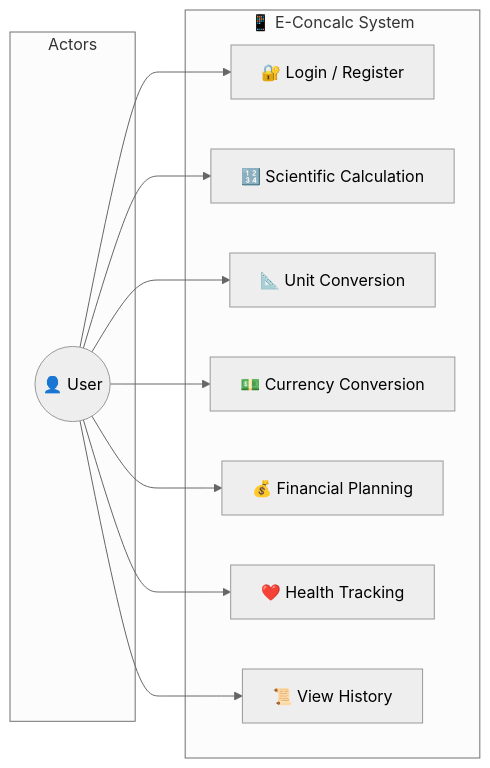
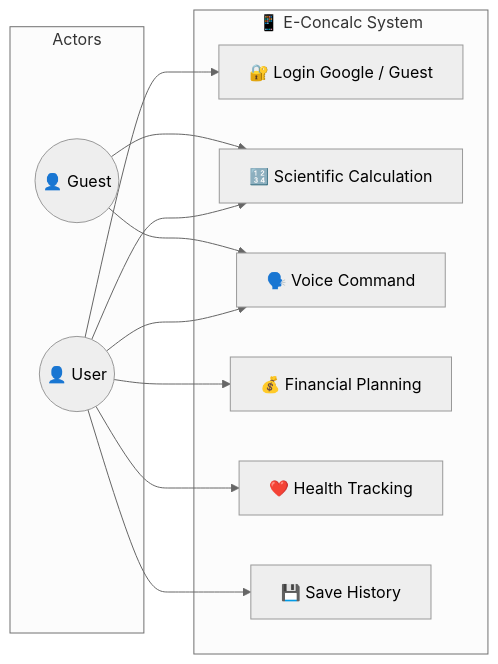
The first of 3 diagrams in README.md (falcon-ioi/Caclcon), drawn with Mermaid (neutral theme) before and after one commit. The commit also changed other lines of this file and 5 other files, not shown here.

````diff
--- a/README.md
+++ b/README.md
@@ -79,24 +79,26 @@
 ```mermaid
 flowchart LR
     subgraph Actors
         User(("👤 User"))
+        Guest(("👤 Guest"))
     end
     
     subgraph E-Concalc["📱 E-Concalc System"]
-        UC1["🔐 Login / Register"]
+        UC1["🔐 Login Google / Guest"]
         UC2["🔢 Scientific Calculation"]
-        UC3["📐 Unit Conversion"]
-        UC4["💵 Currency Conversion"]
-        UC5["💰 Financial Planning"]
-        UC6["❤️ Health Tracking"]
-        UC7["📜 View History"]
+        UC3["🗣️ Voice Command"]
+        UC4["💰 Financial Planning"]
+        UC5["❤️ Health Tracking"]
+        UC6["💾 Save History"]
     end
 
     User --> UC1
     User --> UC2
     User --> UC3
     User --> UC4
     User --> UC5
     User --> UC6
-    User --> UC7
+    
+    Guest --> UC2
+    Guest --> UC3
 ```
````
